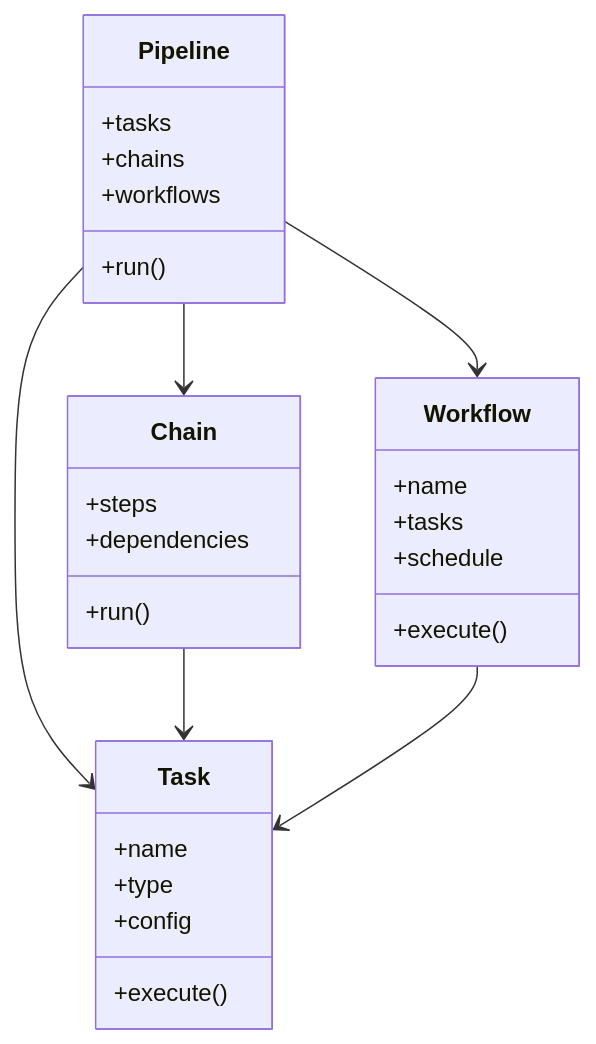
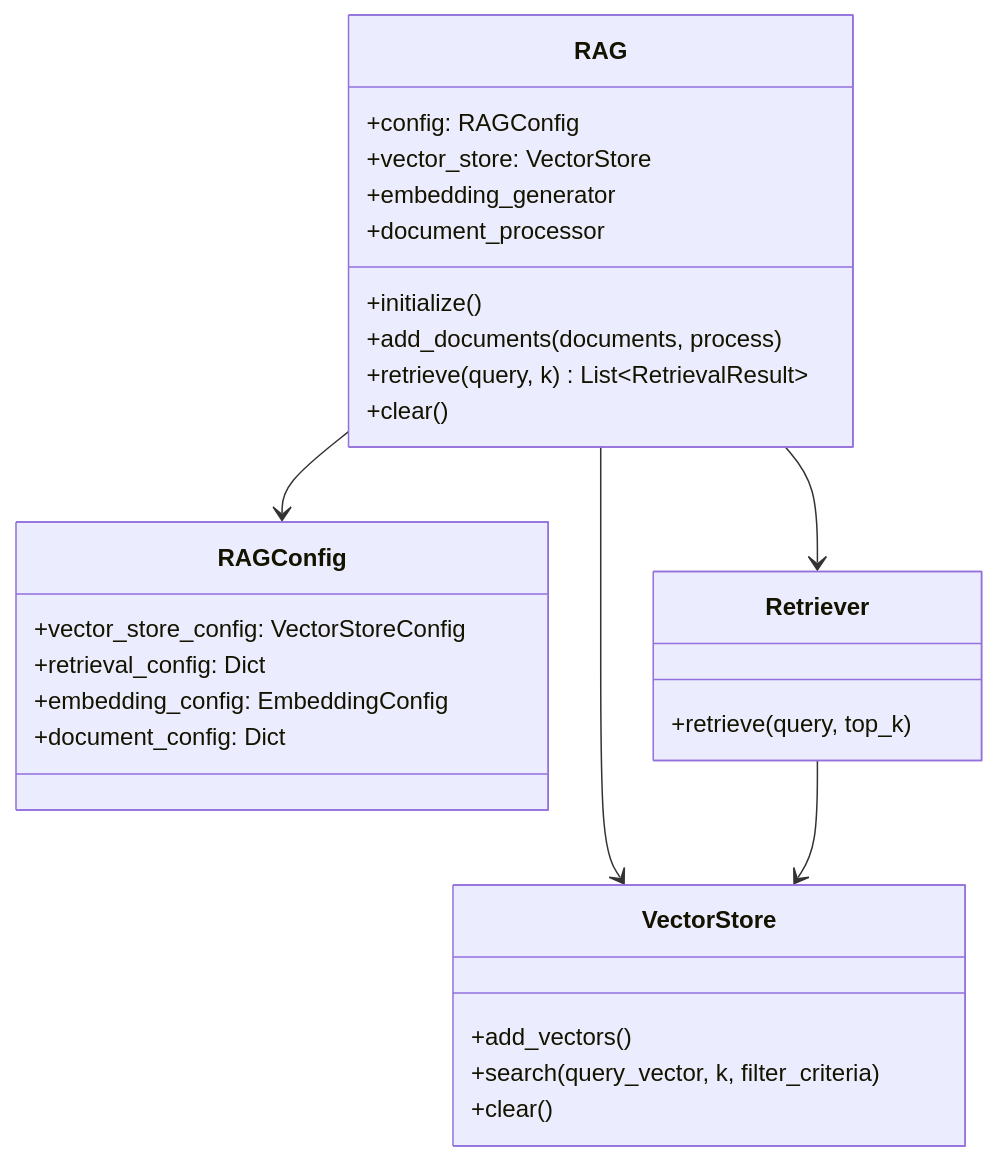
Before and after one commit to multimindlab/multimind-sdk: the fourth of 7 diagrams in docs/architecture.md, drawn with Mermaid. The commit also changed other lines of this file and 274 other files, not shown here.

````diff
--- a/docs/architecture.md
+++ b/docs/architecture.md
@@ -366,35 +158,31 @@
 ```mermaid
 classDiagram
-    class Pipeline {
-        +tasks
-        +chains
-        +workflows
-        +run()
+    class RAG {
+        +config: RAGConfig
+        +vector_store: VectorStore
+        +embedding_generator
+        +document_processor
+        +initialize()
+        +add_documents(documents, process)
+        +retrieve(query, k) List~RetrievalResult~
+        +clear()
     }
-    
-    class Task {
-        +name
-        +type
-        +config
-        +execute()
+    class RAGConfig {
+        +vector_store_config: VectorStoreConfig
+        +retrieval_config: Dict
+        +embedding_config: EmbeddingConfig
+        +document_config: Dict
     }
-    
-    class Chain {
-        +steps
-        +dependencies
-        +run()
+    class Retriever {
+        +retrieve(query, top_k)
     }
-    
-    class Workflow {
-        +name
-        +tasks
-        +schedule
-        +execute()
+    class VectorStore {
+        +add_vectors()
+        +search(query_vector, k, filter_criteria)
+        +clear()
     }
-    
-    Pipeline --> Task
-    Pipeline --> Chain
-    Pipeline --> Workflow
-    Chain --> Task
-    Workflow --> Task
+    RAG --> RAGConfig
+    RAG --> Retriever
+    RAG --> VectorStore
+    Retriever --> VectorStore
 ```
````
